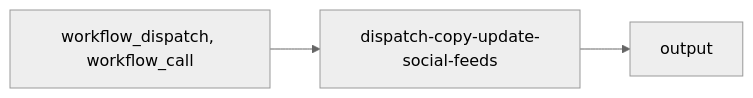
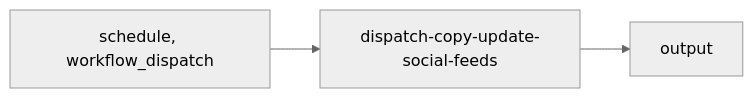
The diagram in .github/workspace/actions-library/dispatchers/copy/dispatch-copy-update-social-feeds.mdx (livepeer/docs), drawn with Mermaid (neutral theme) before and after one commit. The commit also changed other lines of this file and 2753 other files, not shown here.

````diff
--- a/.github/workspace/actions-library/dispatchers/copy/dispatch-copy-update-social-feeds.mdx
+++ b/.github/workspace/actions-library/dispatchers/copy/dispatch-copy-update-social-feeds.mdx
@@ -43,5 +43,5 @@
 ```mermaid
 graph LR
-    TRIGGER["workflow_dispatch, workflow_call"] --> WF["dispatch-copy-update-social-feeds"]
+    TRIGGER["schedule, workflow_dispatch"] --> WF["dispatch-copy-update-social-feeds"]
     WF --> OUTPUT["output"]
 ```
````
